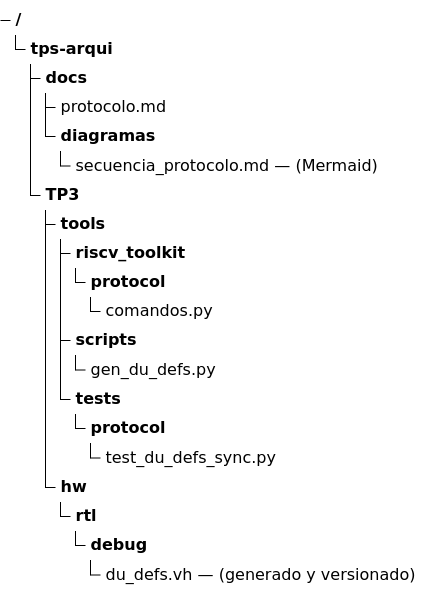
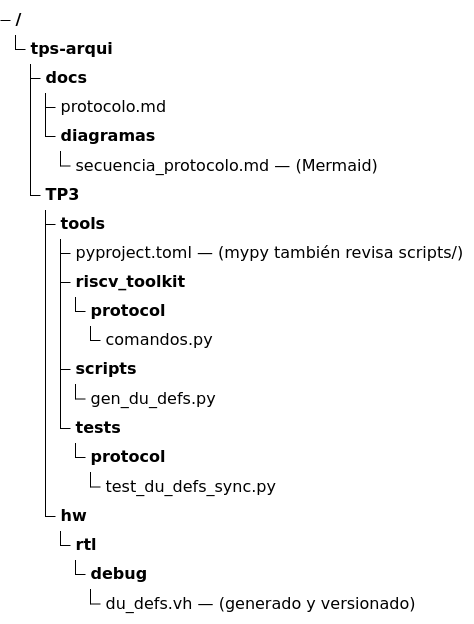
One commit to nicopinera/tps-arqui changed the sixth of 47 diagrams in docs/PRD-pipeline-riscv.md. Above: the diagram before and after it, drawn with Mermaid. The commit also changed other lines of this file and 15 other files, not shown here.

````diff
--- a/docs/PRD-pipeline-riscv.md
+++ b/docs/PRD-pipeline-riscv.md
@@ -615,22 +654,23 @@
 ```mermaid
 treeView-beta
     "tps-arqui/"
         "docs/"
             "protocolo.md"
             "diagramas/"
                 "secuencia_protocolo.md — (Mermaid)"
         "TP3/"
             "tools/"
+                "pyproject.toml — (mypy también revisa scripts/)"
                 "riscv_toolkit/"
                     "protocol/"
                         "comandos.py"
                 "scripts/"
                     "gen_du_defs.py"
                 "tests/"
                     "protocol/"
                         "test_du_defs_sync.py"
             "hw/"
                 "rtl/"
                     "debug/"
                         "du_defs.vh — (generado y versionado)"
 ```
````
